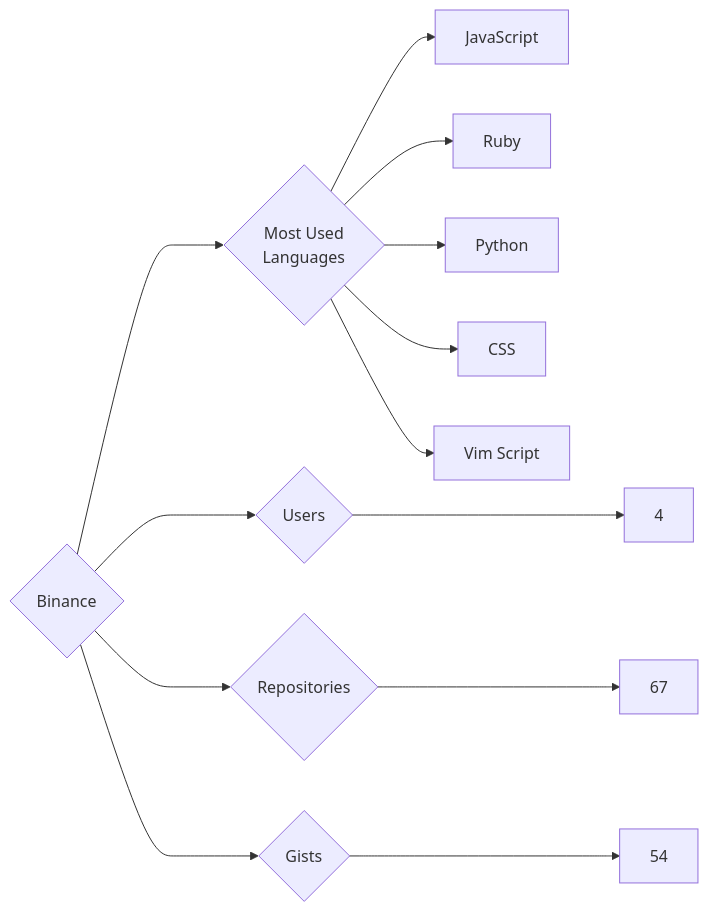
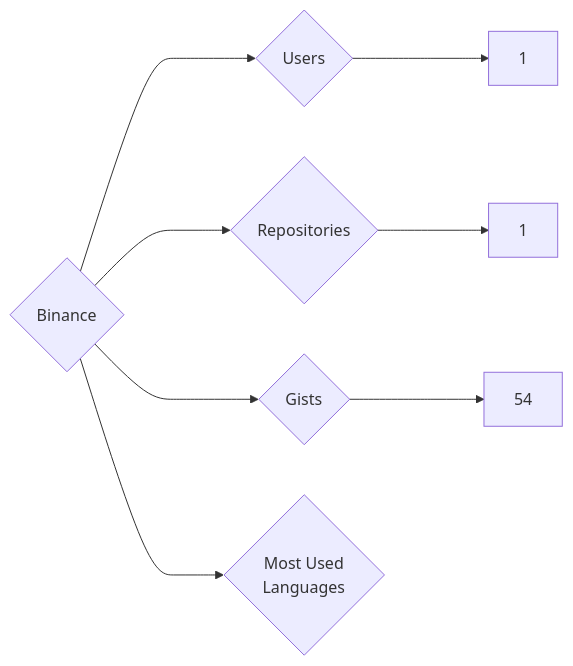
One commit to trickest/insiders changed the diagram in targets/Binance/README.md. Above: the diagram before and after it, drawn with Mermaid. The commit also changed 1036 other files, not shown here.

````diff
--- a/targets/Binance/README.md
+++ b/targets/Binance/README.md
@@ -3,13 +3,8 @@
 ```mermaid
 graph LR
 COMPANY_NAME{Binance}
-COMPANY_NAME ---> U{Users} ---> UN[4]
-COMPANY_NAME ---> R{Repositories} ---> RN[67]
+COMPANY_NAME ---> U{Users} ---> UN[1]
+COMPANY_NAME ---> R{Repositories} ---> RN[1]
 COMPANY_NAME ---> G{Gists} ---> GN[54]
 COMPANY_NAME ---> ML{Most Used<br>Languages}
-ML --> JavaScript[JavaScript]
-ML --> Ruby[Ruby]
-ML --> Python[Python]
-ML --> CSS[CSS]
-ML --> Vim_Script[Vim Script]
 ```
````
